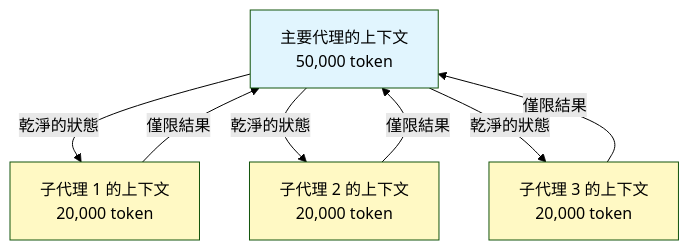
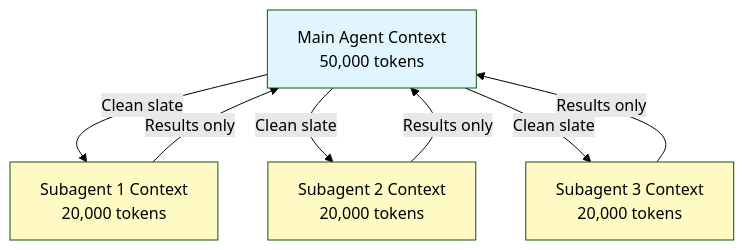
The sixth of 7 diagrams in 04-subagents/README.md (huckly/claude-howto-zh-tw), drawn with Mermaid (forest theme) before and after one commit. The commit also changed other lines of this file, not shown here.

Commit message:
🤖 04-subagents：Subagents 子代理 — 同步 v2.1.110

````diff
--- a/04-subagents/README.md
+++ b/04-subagents/README.md
@@ -765,20 +794,20 @@
 ```mermaid
 graph TB
-    A["主要代理的上下文<br/>50,000 token"]
-    B["子代理 1 的上下文<br/>20,000 token"]
-    C["子代理 2 的上下文<br/>20,000 token"]
-    D["子代理 3 的上下文<br/>20,000 token"]
+    A["Main Agent Context<br/>50,000 tokens"]
+    B["Subagent 1 Context<br/>20,000 tokens"]
+    C["Subagent 2 Context<br/>20,000 tokens"]
+    D["Subagent 3 Context<br/>20,000 tokens"]
 
-    A -->|乾淨的狀態| B
-    A -->|乾淨的狀態| C
-    A -->|乾淨的狀態| D
+    A -->|Clean slate| B
+    A -->|Clean slate| C
+    A -->|Clean slate| D
 
-    B -->|僅限結果| A
-    C -->|僅限結果| A
-    D -->|僅限結果| A
+    B -->|Results only| A
+    C -->|Results only| A
+    D -->|Results only| A
 
     style A fill:#e1f5fe
     style B fill:#fff9c4
     style C fill:#fff9c4
     style D fill:#fff9c4
 ```
````
